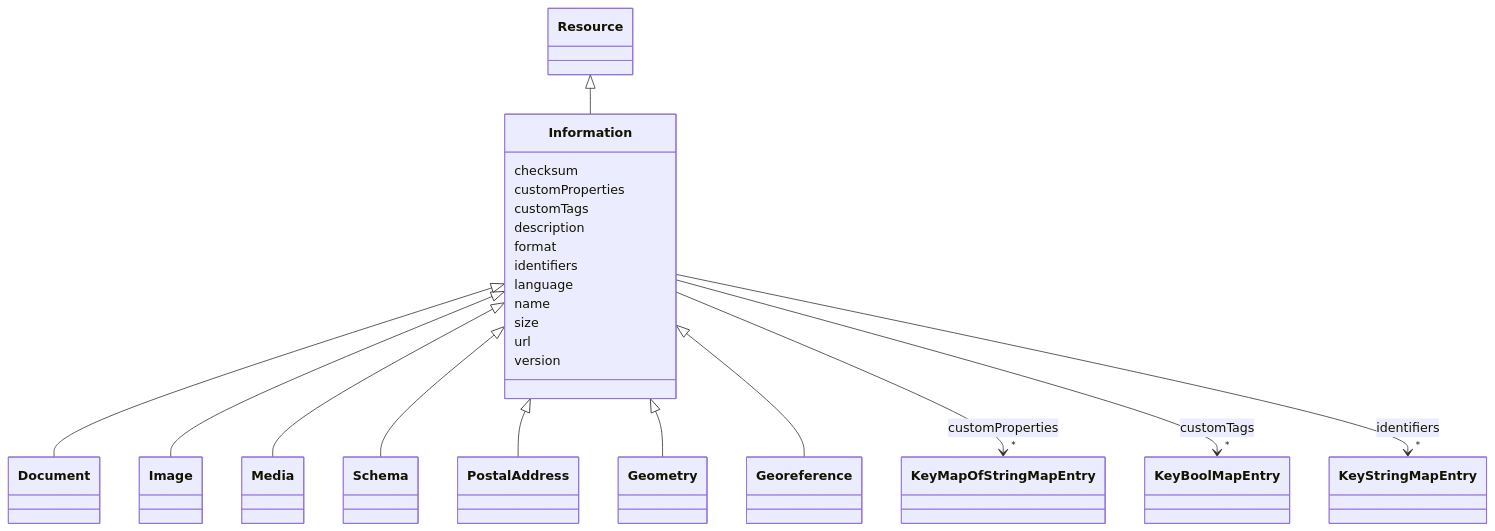
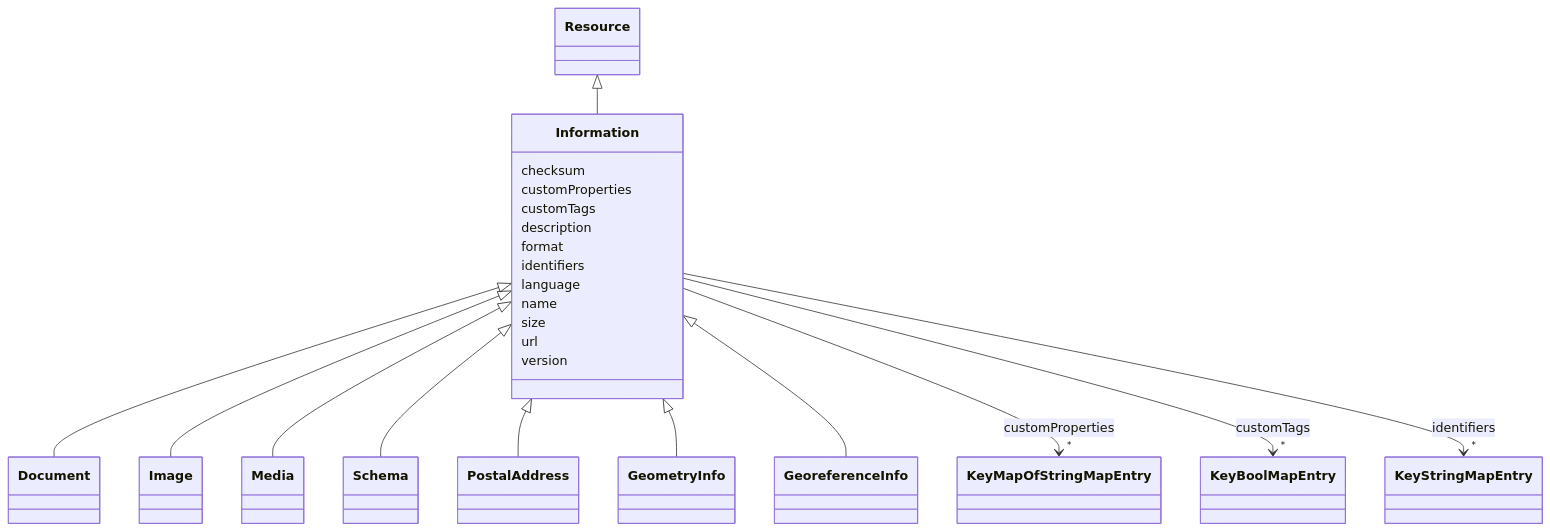
One commit to smartbuilding-co-creation-organization/smartbuilding_datamodels changed the diagram in docs/Information.md. Above: the diagram before and after it, drawn with Mermaid. The commit also changed other lines of this file and 84 other files, not shown here.

````diff
--- a/docs/Information.md
+++ b/docs/Information.md
@@ -18,75 +18,75 @@
 ```mermaid
  classDiagram
     class Information
     click Information href "../Information/"
       Resource <|-- Information
         click Resource href "../Resource/"
       
 
       Information <|-- Document
         click Document href "../Document/"
       Information <|-- Image
         click Image href "../Image/"
       Information <|-- Media
         click Media href "../Media/"
       Information <|-- Schema
         click Schema href "../Schema/"
       Information <|-- PostalAddress
         click PostalAddress href "../PostalAddress/"
-      Information <|-- Geometry
-        click Geometry href "../Geometry/"
-      Information <|-- Georeference
-        click Georeference href "../Georeference/"
+      Information <|-- GeometryInfo
+        click GeometryInfo href "../GeometryInfo/"
+      Information <|-- GeoreferenceInfo
+        click GeoreferenceInfo href "../GeoreferenceInfo/"
       
 
       Information : checksum
         
       Information : customProperties
         
           
     
         
         
         Information --> "*" KeyMapOfStringMapEntry : customProperties
         click KeyMapOfStringMapEntry href "../KeyMapOfStringMapEntry/"
     
 
         
       Information : customTags
         
           
     
         
         
         Information --> "*" KeyBoolMapEntry : customTags
         click KeyBoolMapEntry href "../KeyBoolMapEntry/"
     
 
         
       Information : description
         
       Information : format
         
       Information : identifiers
         
           
     
         
         
         Information --> "*" KeyStringMapEntry : identifiers
         click KeyStringMapEntry href "../KeyStringMapEntry/"
     
 
         
       Information : language
         
       Information : name
         
       Information : size
         
       Information : url
         
       Information : version
         
       
 ```
````
